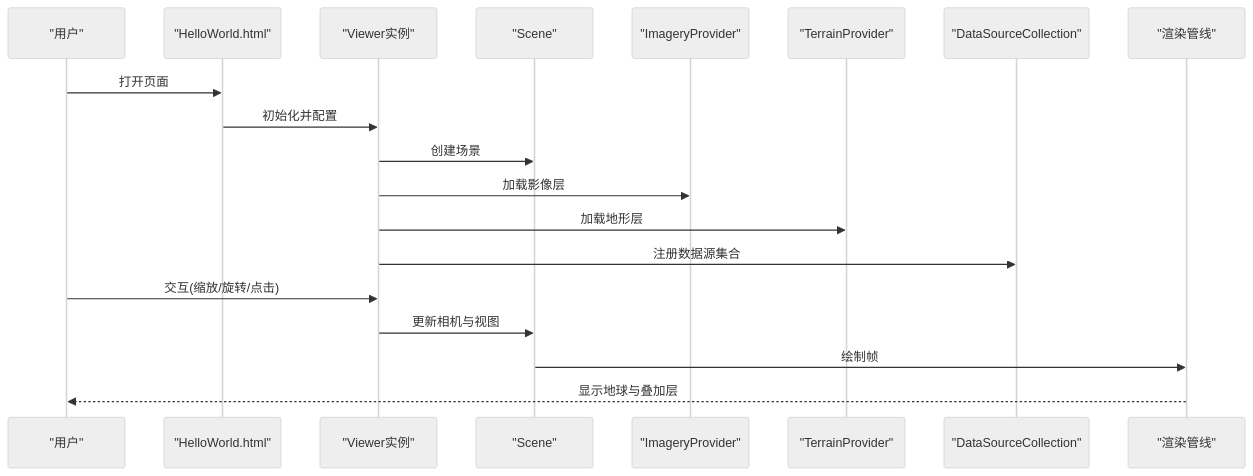
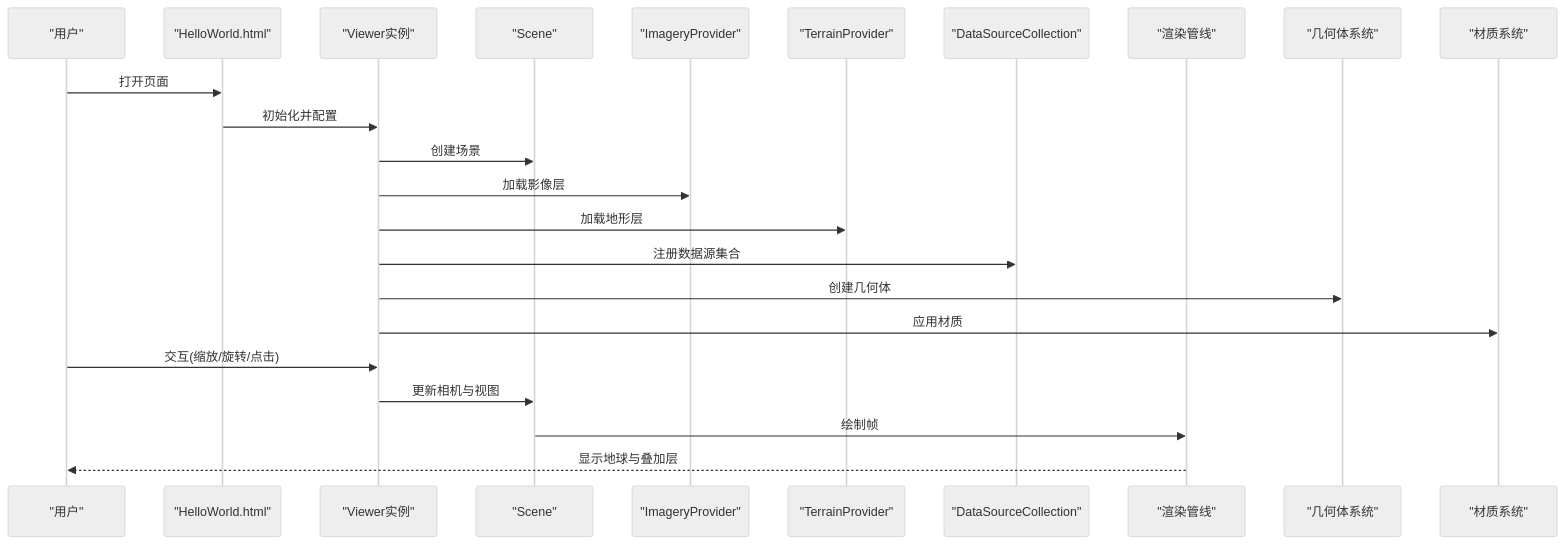
The second of 3 diagrams in .qoder/repowiki/zh/content/示例教程/基础示例.md (rzhangjing/cesium), drawn with Mermaid (neutral theme) before and after one commit. The commit also changed other lines of this file and 30 other files, not shown here.

````diff
--- a/.qoder/repowiki/zh/content/示例教程/基础示例.md
+++ b/.qoder/repowiki/zh/content/示例教程/基础示例.md
@@ -91,21 +121,25 @@
 ```mermaid
 sequenceDiagram
 participant U as "用户"
 participant H as "HelloWorld.html"
 participant V as "Viewer实例"
 participant S as "Scene"
 participant I as "ImageryProvider"
 participant T as "TerrainProvider"
 participant DS as "DataSourceCollection"
 participant R as "渲染管线"
+participant G as "几何体系统"
+participant M as "材质系统"
 U->>H : 打开页面
 H->>V : 初始化并配置
 V->>S : 创建场景
 V->>I : 加载影像层
 V->>T : 加载地形层
 V->>DS : 注册数据源集合
+V->>G : 创建几何体
+V->>M : 应用材质
 U->>V : 交互(缩放/旋转/点击)
 V->>S : 更新相机与视图
 S->>R : 绘制帧
 R-->>U : 显示地球与叠加层
 ```
````
